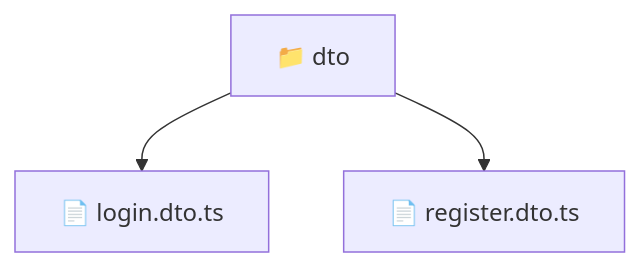
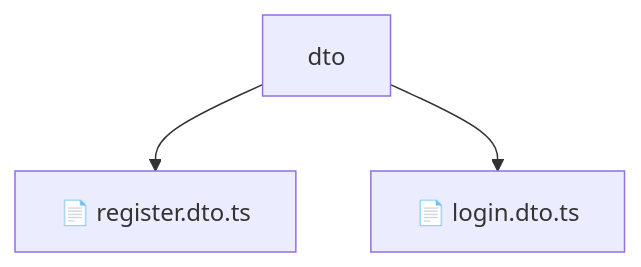
The diagram in backend/src/modules/auth/dto/README.md (beginwebdev2002/fullstack-mavluda), drawn with Mermaid before and after one commit. The commit also changed other lines of this file and 155 other files, not shown here.

````diff
--- a/backend/src/modules/auth/dto/README.md
+++ b/backend/src/modules/auth/dto/README.md
@@ -10,6 +14,6 @@
 ```mermaid
 graph TD
-  Root["📁 dto"]
-  Root --> logindtots["📄 login.dto.ts"]
-  Root --> registerdtots["📄 register.dto.ts"]
+    Root[dto]
+    Root --> F0[📄 register.dto.ts]
+    Root --> F1[📄 login.dto.ts]
 ```
````
